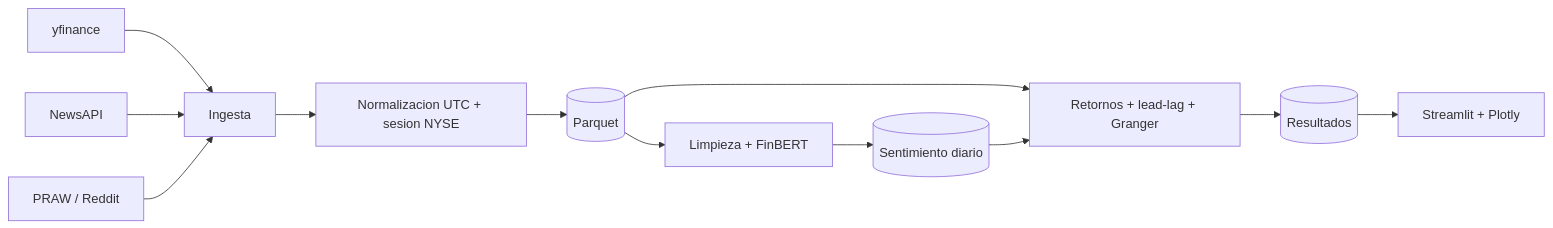
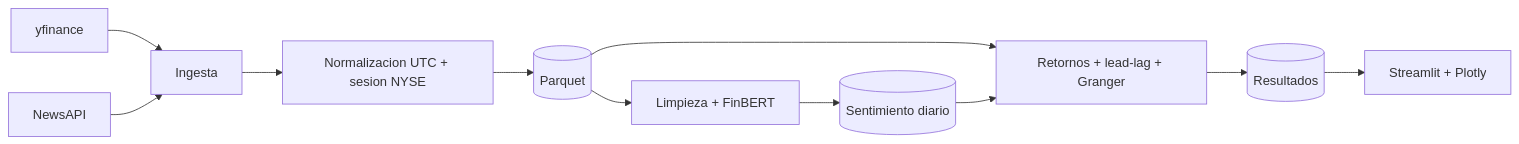
One commit to Vicctor52/Stock-Sentiment-Analysis changed the diagram in README.md. Above: the diagram before and after it, drawn with Mermaid. The commit also changed other lines of this file and 11 other files, not shown here.

````diff
--- a/README.md
+++ b/README.md
@@ -8,14 +8,13 @@
 ```mermaid
 flowchart LR
     Y[yfinance] --> ING[Ingesta]
     N[NewsAPI] --> ING
-    R[PRAW / Reddit] --> ING
     ING --> NRM[Normalizacion UTC + sesion NYSE]
     NRM --> PQ[(Parquet)]
     PQ --> NLP[Limpieza + FinBERT]
     NLP --> DS[(Sentimiento diario)]
     PQ --> AN[Retornos + lead-lag + Granger]
     DS --> AN
     AN --> RES[(Resultados)]
     RES --> DASH[Streamlit + Plotly]
 ```
````
